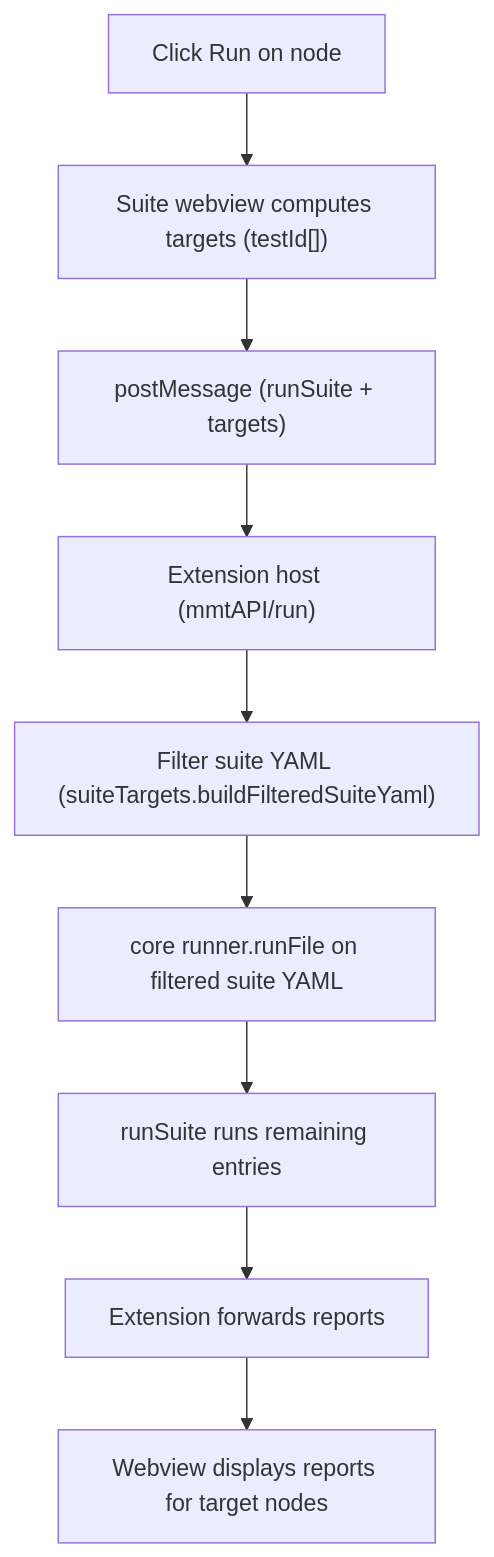
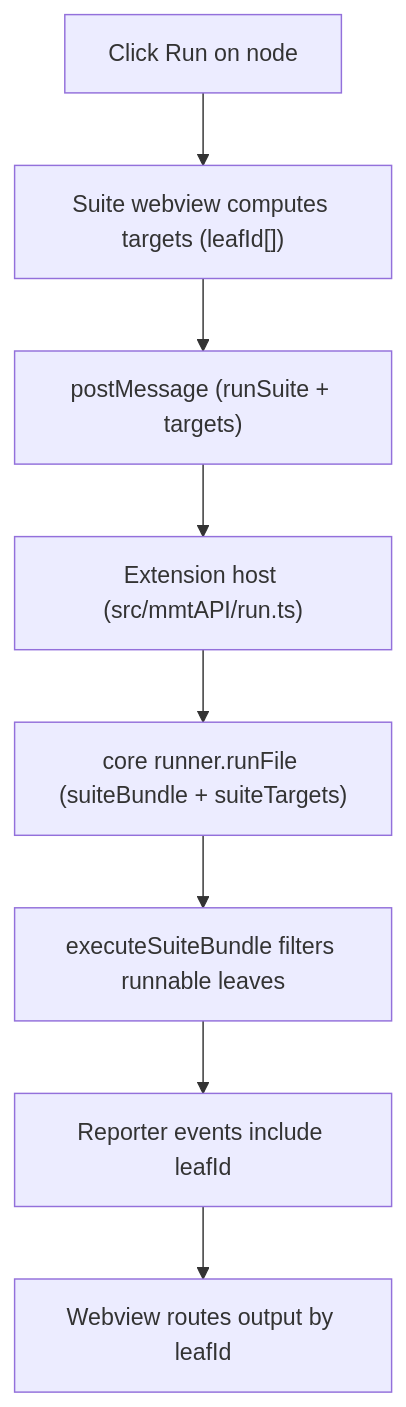
One commit to mshobeyri/multimeter changed the fourth of 4 diagrams in AGENTS.md. Above: the diagram before and after it, drawn with Mermaid. The commit also changed other lines of this file, not shown here.

````diff
--- a/AGENTS.md
+++ b/AGENTS.md
@@ -151,11 +160,10 @@
 ```mermaid
 flowchart TD
-  A["Click Run on node"] --> B["Suite webview computes targets (testId[])"]
+  A["Click Run on node"] --> B["Suite webview computes targets (leafId[])"]
   B --> C["postMessage (runSuite + targets)"]
-  C --> D["Extension host (mmtAPI/run)"]
-  D --> E["Filter suite YAML (suiteTargets.buildFilteredSuiteYaml)"]
-  E --> F["core runner.runFile on filtered suite YAML"]
-  F --> G["runSuite runs remaining entries"]
-  G --> H["Extension forwards reports"]
-  H --> I["Webview displays reports for target nodes"]
+  C --> D["Extension host (src/mmtAPI/run.ts)"]
+  D --> E["core runner.runFile (suiteBundle + suiteTargets)"]
+  E --> F["executeSuiteBundle filters runnable leaves"]
+  F --> G["Reporter events include leafId"]
+  G --> H["Webview routes output by leafId"]
 ```
````
